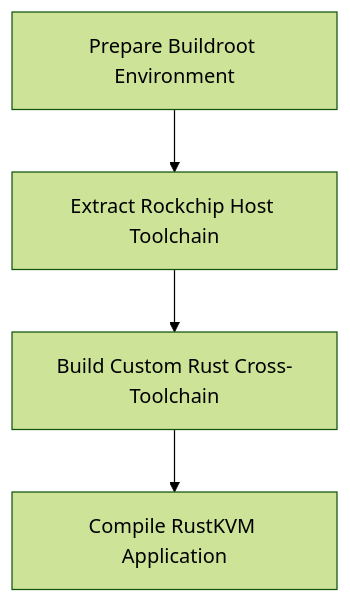
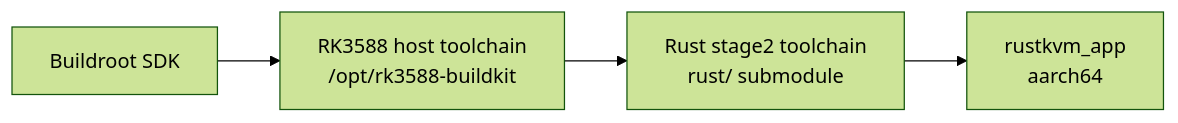
Before and after one commit to Rust-KVM/rustkvm: the second of 2 diagrams in README.md, drawn with Mermaid (forest theme). The commit also changed other lines of this file and 12 other files, not shown here.

````diff
--- a/README.md
+++ b/README.md
@@ -49,6 +233,6 @@
 ```mermaid
-graph TD
-    A[Prepare Buildroot Environment] --> B[Extract Rockchip Host Toolchain]
-    B --> C[Build Custom Rust Cross-Toolchain]
-    C --> D[Compile RustKVM Application]
+graph LR
+    A[Buildroot SDK] --> B[RK3588 host toolchain<br/>/opt/rk3588-buildkit]
+    B --> C[Rust stage2 toolchain<br/>rust/ submodule]
+    C --> D[rustkvm_app<br/>aarch64]
 ```
````
